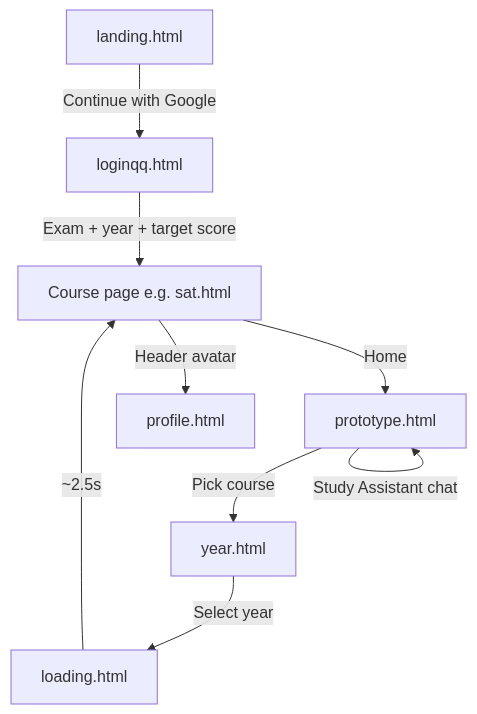
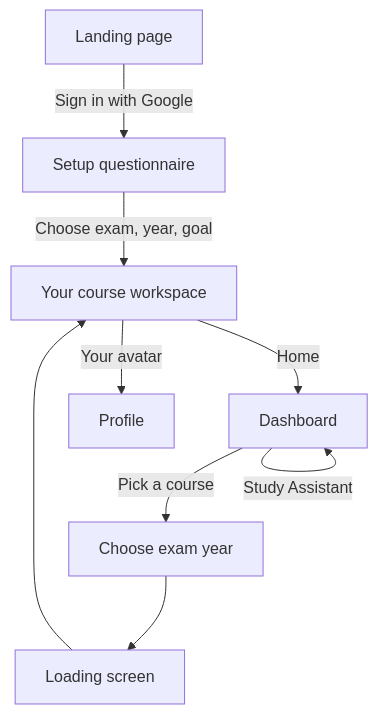
Before and after one commit to Shivtosh-14/Prep-OS: the diagram in README.md, drawn with Mermaid. The commit also changed other lines of this file, not shown here.

````diff
--- a/README.md
+++ b/README.md
@@ -127,11 +128,11 @@
 ```mermaid
 flowchart TD
-  A[landing.html] -->|Continue with Google| B[loginqq.html]
-  B -->|Exam + year + target score| C[Course page e.g. sat.html]
-  D[prototype.html] -->|Pick course| E[year.html]
-  E -->|Select year| F[loading.html]
-  F -->|~2.5s| C
-  D -->|Study Assistant chat| D
-  C -->|Header avatar| G[profile.html]
+  A[Landing page] -->|Sign in with Google| B[Setup questionnaire]
+  B -->|Choose exam, year, goal| C[Your course workspace]
+  D[Dashboard] -->|Pick a course| E[Choose exam year]
+  E --> F[Loading screen]
+  F --> C
+  D -->|Study Assistant| D
+  C -->|Your avatar| G[Profile]
   C -->|Home| D
 ```
````
